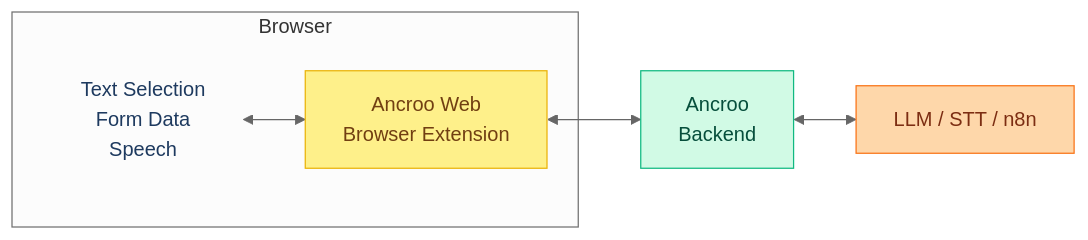
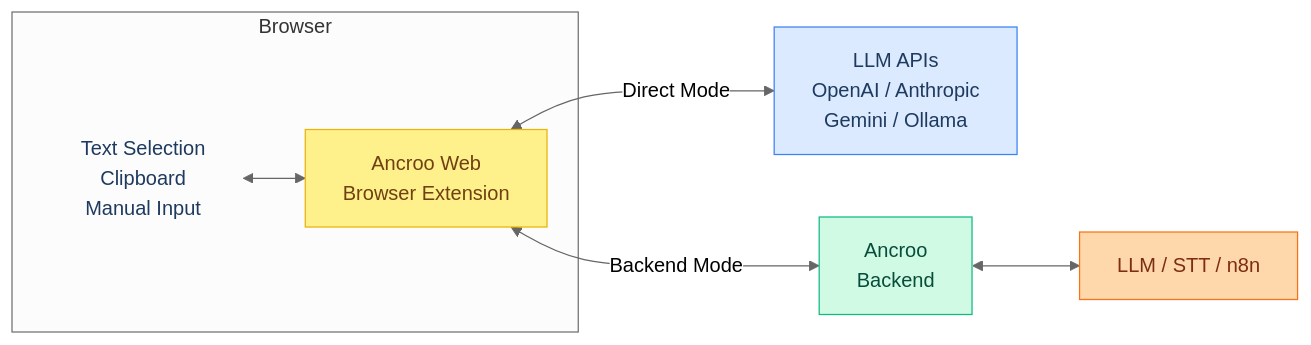
One commit to ancroo/ancroo-web changed the diagram in README.md. Above: the diagram before and after it, drawn with Mermaid. The commit also changed other lines of this file and 22 other files, not shown here.

First line of the commit message:
feat: Add Direct Mode — use LLM APIs without a backend

````diff
--- a/README.md
+++ b/README.md
@@ -22,20 +30,23 @@
 ```mermaid
 %%{init: {'theme': 'neutral'}}%%
 graph LR
     subgraph Browser["Browser"]
-        input["Text Selection<br/>Form Data<br/>Speech"]
+        input["Text Selection<br/>Clipboard<br/>Manual Input"]
         extension["Ancroo Web<br/>Browser Extension"]
     end
 
+    llmapi["LLM APIs<br/>OpenAI / Anthropic<br/>Gemini / Ollama"]
     backend["Ancroo<br/>Backend"]
     services["LLM / STT / n8n"]
 
     input <--> extension
-    extension <--> backend
+    extension <-- "Direct Mode" --> llmapi
+    extension <-- "Backend Mode" --> backend
     backend <--> services
 
     style input fill:transparent,stroke:transparent,color:#1e3a5f
     style extension fill:#fef08a,stroke:#eab308,color:#713f12
+    style llmapi fill:#dbeafe,stroke:#3b82f6,color:#1e3a5f
     style backend fill:#d1fae5,stroke:#10b981,color:#064e3b
     style services fill:#fed7aa,stroke:#f97316,color:#7c2d12
 ```
````
